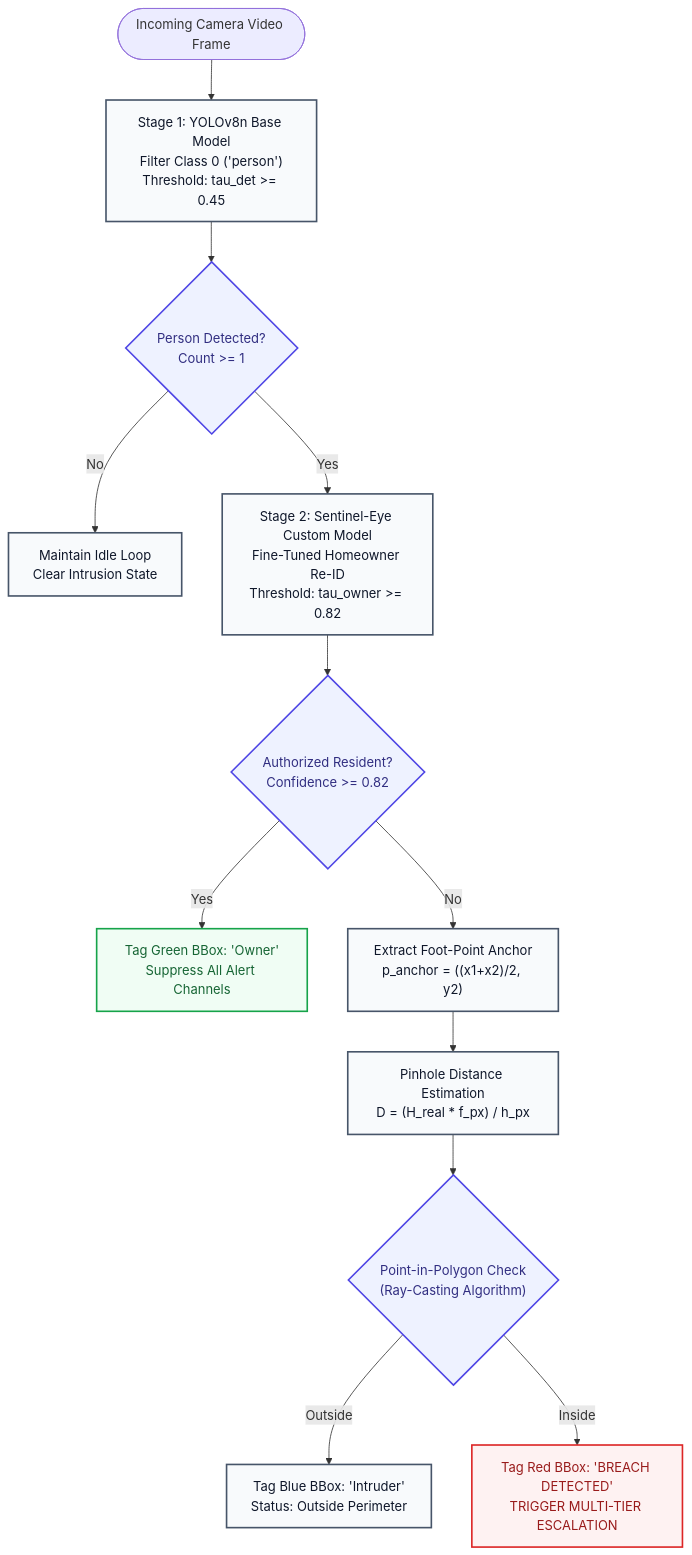
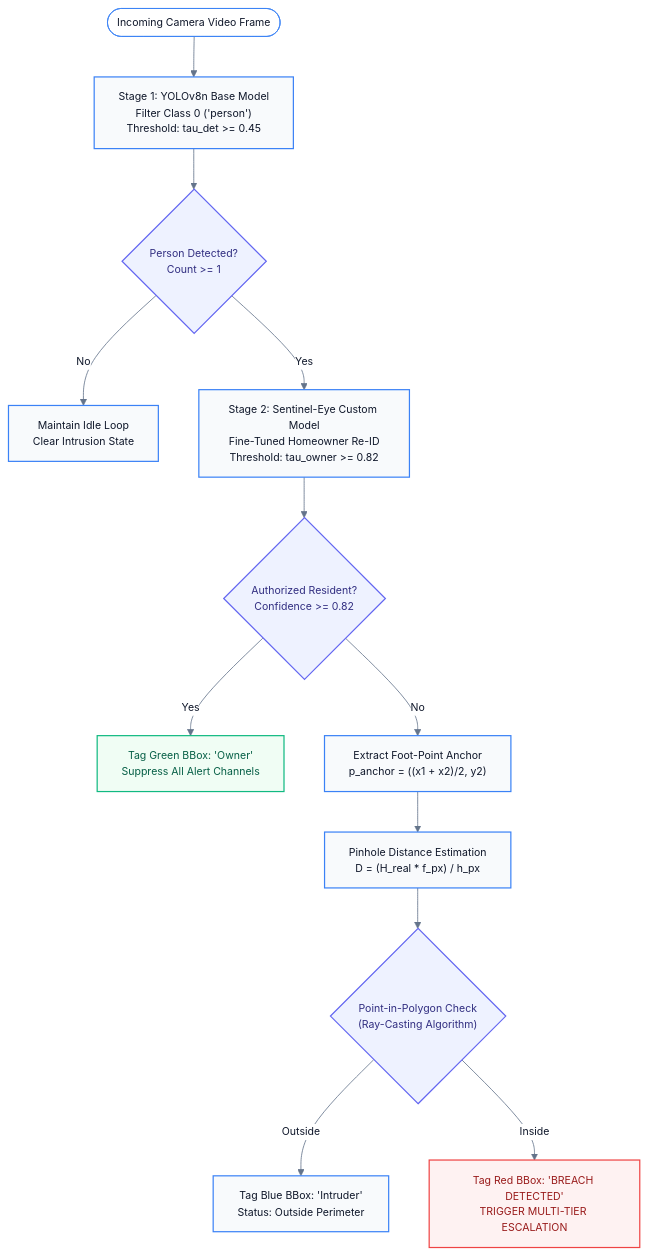
Before and after one commit to Cheesenoice/IoT-EdgeAI-Intrusion-Detection: the third of 7 diagrams in README.md, drawn with Mermaid. The commit also changed other lines of this file and 15 other files, not shown here.

Commit message:
style: unify clean light theme across dashboard and documentation with high-res diagrams

````diff
--- a/README.md
+++ b/README.md
@@ -204,28 +234,43 @@
 ```mermaid
+%%{init: {
+  'theme': 'base',
+  'themeVariables': {
+    'fontFamily': 'Segoe UI, Inter, -apple-system, sans-serif',
+    'fontSize': '13px',
+    'primaryColor': '#ffffff',
+    'primaryTextColor': '#0f172a',
+    'primaryBorderColor': '#3b82f6',
+    'lineColor': '#64748b',
+    'edgeLabelBackground': '#ffffff',
+    'clusterBkg': '#ffffff',
+    'clusterBorder': '#cbd5e1',
+    'mainBkg': '#ffffff'
+  }
+}}%%
 flowchart TD
     FrameInput(["Incoming Camera Video Frame"]) --> YOLODetect["Stage 1: YOLOv8n Base Model<br/>Filter Class 0 ('person')<br/>Threshold: tau_det >= 0.45"]
     
     YOLODetect --> HasPerson{"Person Detected?<br/>Count >= 1"}
     HasPerson -- "No" --> IdleState["Maintain Idle Loop<br/>Clear Intrusion State"]
     HasPerson -- "Yes" --> OwnerReID["Stage 2: Sentinel-Eye Custom Model<br/>Fine-Tuned Homeowner Re-ID<br/>Threshold: tau_owner >= 0.82"]
     
     OwnerReID --> IsOwner{"Authorized Resident?<br/>Confidence >= 0.82"}
     IsOwner -- "Yes" --> FlagAuthorized["Tag Green BBox: 'Owner'<br/>Suppress All Alert Channels"]
-    IsOwner -- "No" --> CalcFoot["Extract Foot-Point Anchor<br/>p_anchor = ((x1+x2)/2, y2)"]
+    IsOwner -- "No" --> CalcFoot["Extract Foot-Point Anchor<br/>p_anchor = ((x1 + x2)/2, y2)"]
     
     CalcFoot --> CalcDist["Pinhole Distance Estimation<br/>D = (H_real * f_px) / h_px"]
     CalcDist --> RayCastCheck{"Point-in-Polygon Check<br/>(Ray-Casting Algorithm)"}
     
     RayCastCheck -- "Outside" --> TrackTrajectory["Tag Blue BBox: 'Intruder'<br/>Status: Outside Perimeter"]
     RayCastCheck -- "Inside" --> TriggerAlert["Tag Red BBox: 'BREACH DETECTED'<br/>TRIGGER MULTI-TIER ESCALATION"]
 
-    classDef process fill:#f8fafc,stroke:#475569,stroke-width:2px,color:#0f172a;
-    classDef decision fill:#eef2ff,stroke:#4f46e5,stroke-width:2px,color:#312e81;
-    classDef safe fill:#f0fdf4,stroke:#16a34a,stroke-width:2px,color:#166534;
-    classDef breach fill:#fef2f2,stroke:#dc2626,stroke-width:2px,color:#991b1b;
+    classDef process fill:#f8fafc,stroke:#3b82f6,stroke-width:1.5px,color:#0f172a;
+    classDef decision fill:#eef2ff,stroke:#6366f1,stroke-width:1.5px,color:#312e81;
+    classDef safe fill:#f0fdf4,stroke:#10b981,stroke-width:1.5px,color:#065f46;
+    classDef breach fill:#fef2f2,stroke:#ef4444,stroke-width:1.5px,color:#991b1b;
 
     class YOLODetect,OwnerReID,CalcFoot,CalcDist,IdleState,TrackTrajectory process;
     class HasPerson,IsOwner,RayCastCheck decision;
     class FlagAuthorized safe;
     class TriggerAlert breach;
 ```
````
